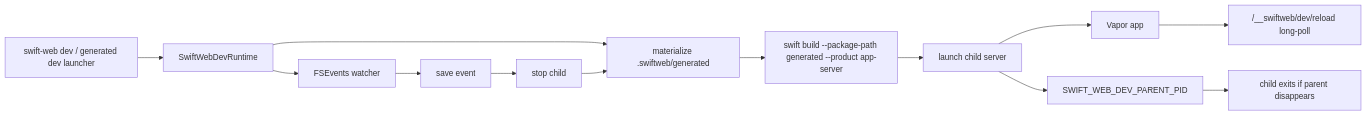
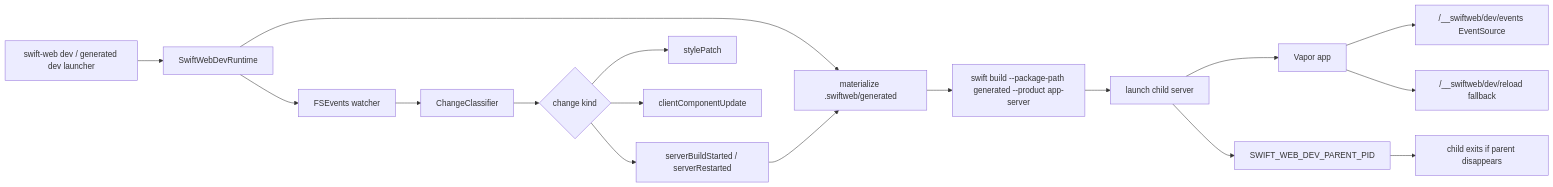
One commit to 1amageek/swift-web changed the third of 9 diagrams in Sources/SwiftWeb/README.md. Above: the diagram before and after it, drawn with Mermaid. The commit also changed other lines of this file and 40 other files, not shown here.

First line of the commit message:
Integrate swift-html 0.2.1 and migrate server actions to SwiftWebActors

````diff
--- a/Sources/SwiftWeb/README.md
+++ b/Sources/SwiftWeb/README.md
@@ -138,15 +138,19 @@
 ```mermaid
 flowchart LR
   A["swift-web dev / generated dev launcher"] --> B["SwiftWebDevRuntime"]
   B --> C["materialize .swiftweb/generated"]
   C --> D["swift build --package-path generated --product app-server"]
   D --> E["launch child server"]
   E --> F["Vapor app"]
   B --> G["FSEvents watcher"]
-  G --> H["save event"]
-  H --> I["stop child"]
-  I --> C
-  E --> J["SWIFT_WEB_DEV_PARENT_PID"]
-  J --> K["child exits if parent disappears"]
-  F --> L["/__swiftweb/dev/reload long-poll"]
+  G --> H["ChangeClassifier"]
+  H --> I{"change kind"}
+  I --> S["stylePatch"]
+  I --> W["clientComponentUpdate"]
+  I --> R["serverBuildStarted / serverRestarted"]
+  R --> C
+  E --> P["SWIFT_WEB_DEV_PARENT_PID"]
+  P --> M["child exits if parent disappears"]
+  F --> N["/__swiftweb/dev/events EventSource"]
+  F --> O["/__swiftweb/dev/reload fallback"]
 ```
````
